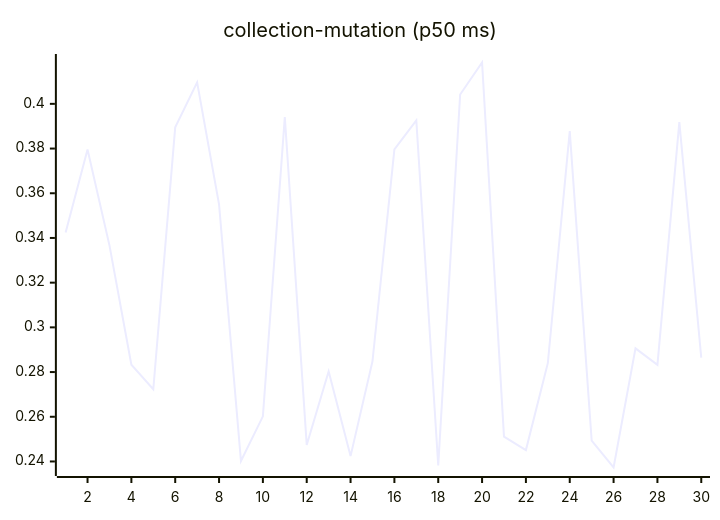
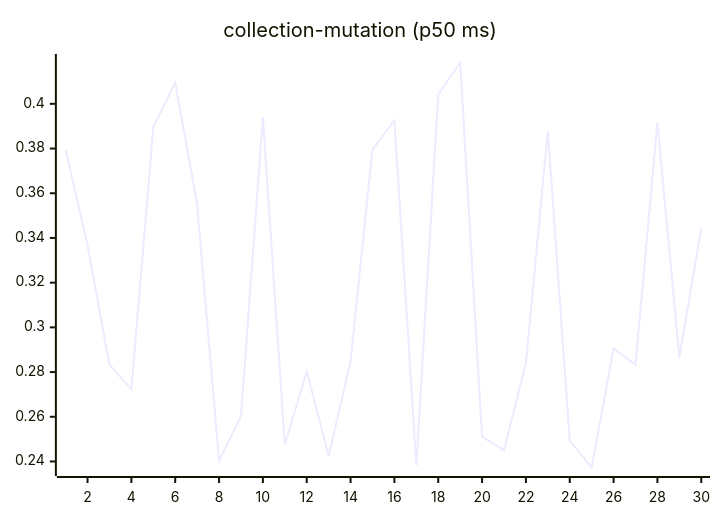
The sixth of 27 diagrams in README.md (josha/Facet), drawn with Mermaid before and after one commit. The commit also changed other lines of this file and 2 other files, not shown here.

````diff
--- a/README.md
+++ b/README.md
@@ -98,6 +98,6 @@
 ```mermaid
 xychart-beta
     title "collection-mutation (p50 ms)"
     x-axis 1 --> 30
-    line [0.3424, 0.3796, 0.3367, 0.2833, 0.2723, 0.3895, 0.4096, 0.3550, 0.2402, 0.2602, 0.3941, 0.2474, 0.2803, 0.2424, 0.2848, 0.3796, 0.3926, 0.2382, 0.4042, 0.4185, 0.2511, 0.2451, 0.2840, 0.3878, 0.2493, 0.2373, 0.2906, 0.2832, 0.3918, 0.2865]
+    line [0.3796, 0.3367, 0.2833, 0.2723, 0.3895, 0.4096, 0.3550, 0.2402, 0.2602, 0.3941, 0.2474, 0.2803, 0.2424, 0.2848, 0.3796, 0.3926, 0.2382, 0.4042, 0.4185, 0.2511, 0.2451, 0.2840, 0.3878, 0.2493, 0.2373, 0.2906, 0.2832, 0.3918, 0.2865, 0.3444]
 ```
````
